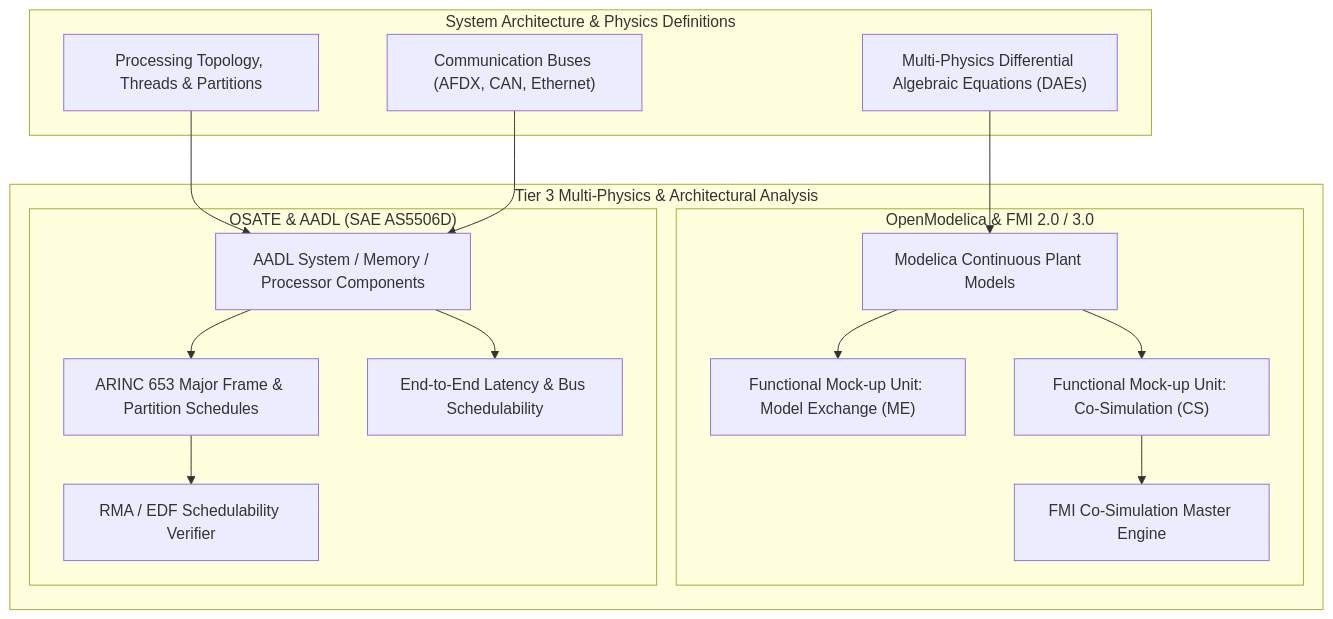
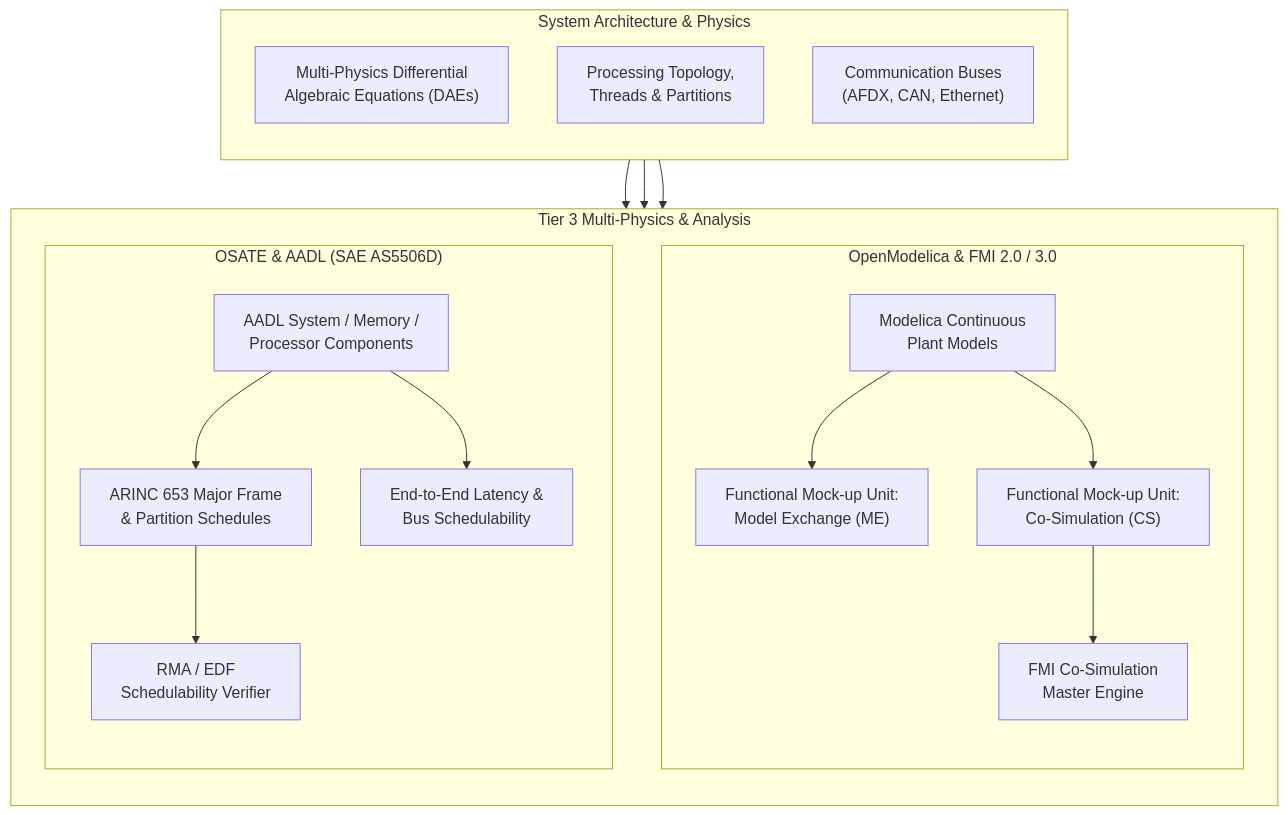
The sixth of 10 diagrams in docs/architecture/blueprints/DEAP_MULTI_TOOLCHAIN_SYNTHESIS_ARCHITECTURE.md (gintatkinson/DEAP01-spec-core), drawn with Mermaid before and after one commit. The commit also changed other lines of this file and 28 other files, not shown here.

````diff
--- a/docs/architecture/blueprints/DEAP_MULTI_TOOLCHAIN_SYNTHESIS_ARCHITECTURE.md
+++ b/docs/architecture/blueprints/DEAP_MULTI_TOOLCHAIN_SYNTHESIS_ARCHITECTURE.md
@@ -550,35 +573,39 @@
 ```mermaid
 flowchart TD
-    subgraph SysML_Arch_Front ["System Architecture & Physics Definitions"]
-        SysML_Physics["Multi-Physics Differential Algebraic Equations (DAEs)"]
-        SysML_Compute["Processing Topology, Threads & Partitions"]
-        SysML_Buses["Communication Buses (AFDX, CAN, Ethernet)"]
+    subgraph SysML_Arch_Front ["System Architecture & Physics"]
+        direction TB
+        SysML_Physics["Multi-Physics Differential<br/>Algebraic Equations (DAEs)"]
+        SysML_Compute["Processing Topology,<br/>Threads & Partitions"]
+        SysML_Buses["Communication Buses<br/>(AFDX, CAN, Ethernet)"]
     end
 
-    subgraph Tier3_CoSim ["Tier 3 Multi-Physics & Architectural Analysis"]
+    subgraph Tier3_CoSim ["Tier 3 Multi-Physics & Analysis"]
+        direction TB
         subgraph FMI_Modelica ["OpenModelica & FMI 2.0 / 3.0"]
-            Modelica_DAE["Modelica Continuous Plant Models"]
-            FMU_ME["Functional Mock-up Unit: Model Exchange (ME)"]
-            FMU_CS["Functional Mock-up Unit: Co-Simulation (CS)"]
-            Master_Sim["FMI Co-Simulation Master Engine"]
+            direction TB
+            Modelica_DAE["Modelica Continuous<br/>Plant Models"]
+            FMU_ME["Functional Mock-up Unit:<br/>Model Exchange (ME)"]
+            FMU_CS["Functional Mock-up Unit:<br/>Co-Simulation (CS)"]
+            Master_Sim["FMI Co-Simulation<br/>Master Engine"]
         end
 
         subgraph AADL_OSATE ["OSATE & AADL (SAE AS5506D)"]
-            AADL_Arch["AADL System / Memory / Processor Components"]
-            ARINC653_Sched["ARINC 653 Major Frame & Partition Schedules"]
-            Latency_Analysis["End-to-End Latency & Bus Schedulability"]
-            RMA_EDF["RMA / EDF Schedulability Verifier"]
+            direction TB
+            AADL_Arch["AADL System / Memory /<br/>Processor Components"]
+            ARINC653_Sched["ARINC 653 Major Frame<br/>& Partition Schedules"]
+            Latency_Analysis["End-to-End Latency &<br/>Bus Schedulability"]
+            RMA_EDF["RMA / EDF<br/>Schedulability Verifier"]
         end
     end
 
     SysML_Physics --> Modelica_DAE
     Modelica_DAE --> FMU_ME
     Modelica_DAE --> FMU_CS
     FMU_CS --> Master_Sim
 
     SysML_Compute --> AADL_Arch
     SysML_Buses --> AADL_Arch
     AADL_Arch --> ARINC653_Sched
     AADL_Arch --> Latency_Analysis
     ARINC653_Sched --> RMA_EDF
 ```
````
